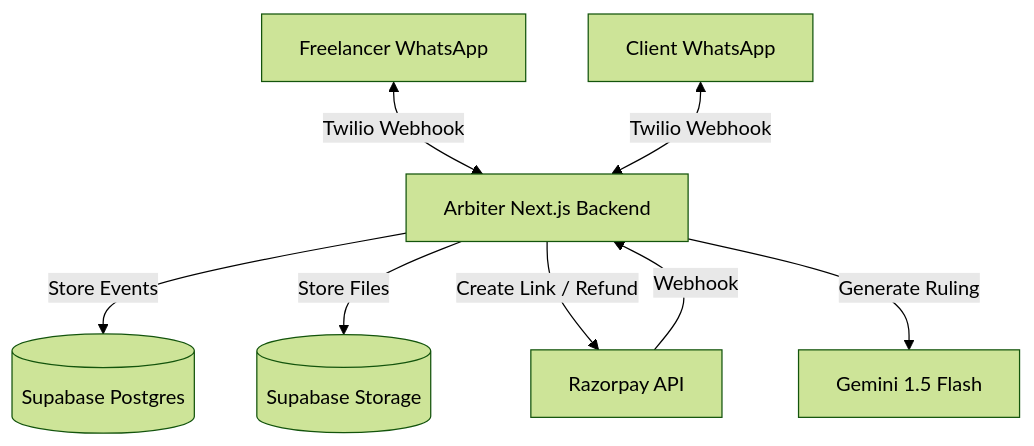
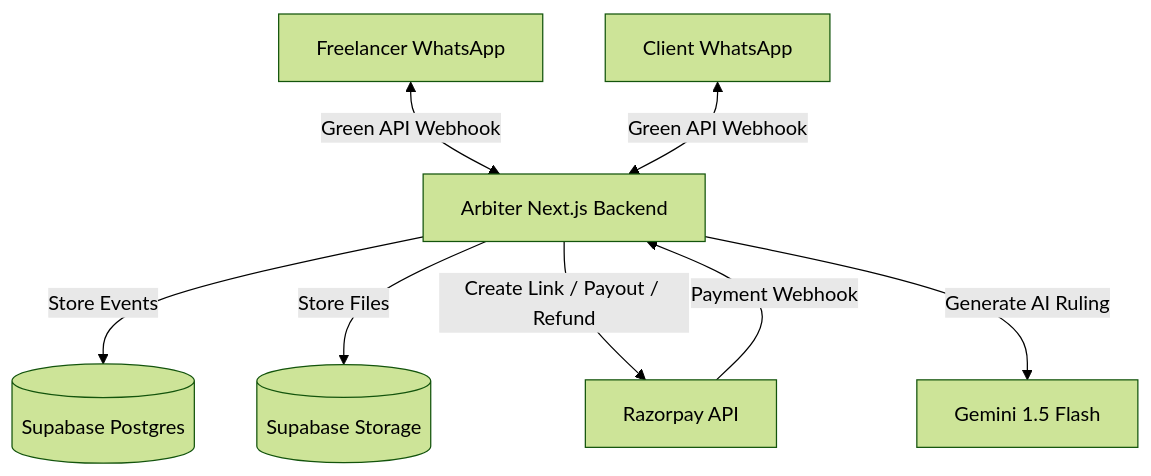
The first of 7 diagrams in README.md (its-ashutosh-pathak/Arbiter), drawn with Mermaid (forest theme) before and after one commit. The commit also changed other lines of this file and 1 other file, not shown here.

Commit message:
docs: overhaul README with Green API architecture, updated Mermaid charts, 5-step contract wizard, and in-place editing flow

````diff
--- a/README.md
+++ b/README.md
@@ -31,13 +34,13 @@
 ```mermaid
 graph TD
-    F[Freelancer WhatsApp] <-->|Twilio Webhook| A[Arbiter Next.js Backend]
-    C[Client WhatsApp] <-->|Twilio Webhook| A
-    
-    A -->|Store Events| DB[(Supabase Postgres)]
-    A -->|Store Files| ST[(Supabase Storage)]
-    
-    A -->|Create Link / Refund| RP[Razorpay API]
-    A -->|Generate Ruling| LLM[Gemini 1.5 Flash]
-    
-    RP -->|Webhook| A
+    F["Freelancer WhatsApp"] <-->|"Green API Webhook"| A["Arbiter Next.js Backend"]
+    C["Client WhatsApp"] <-->|"Green API Webhook"| A
+
+    A -->|"Store Events"| DB[("Supabase Postgres")]
+    A -->|"Store Files"| ST[("Supabase Storage")]
+
+    A -->|"Create Link / Payout / Refund"| RP["Razorpay API"]
+    A -->|"Generate AI Ruling"| LLM["Gemini 1.5 Flash"]
+
+    RP -->|"Payment Webhook"| A
 ```
````
